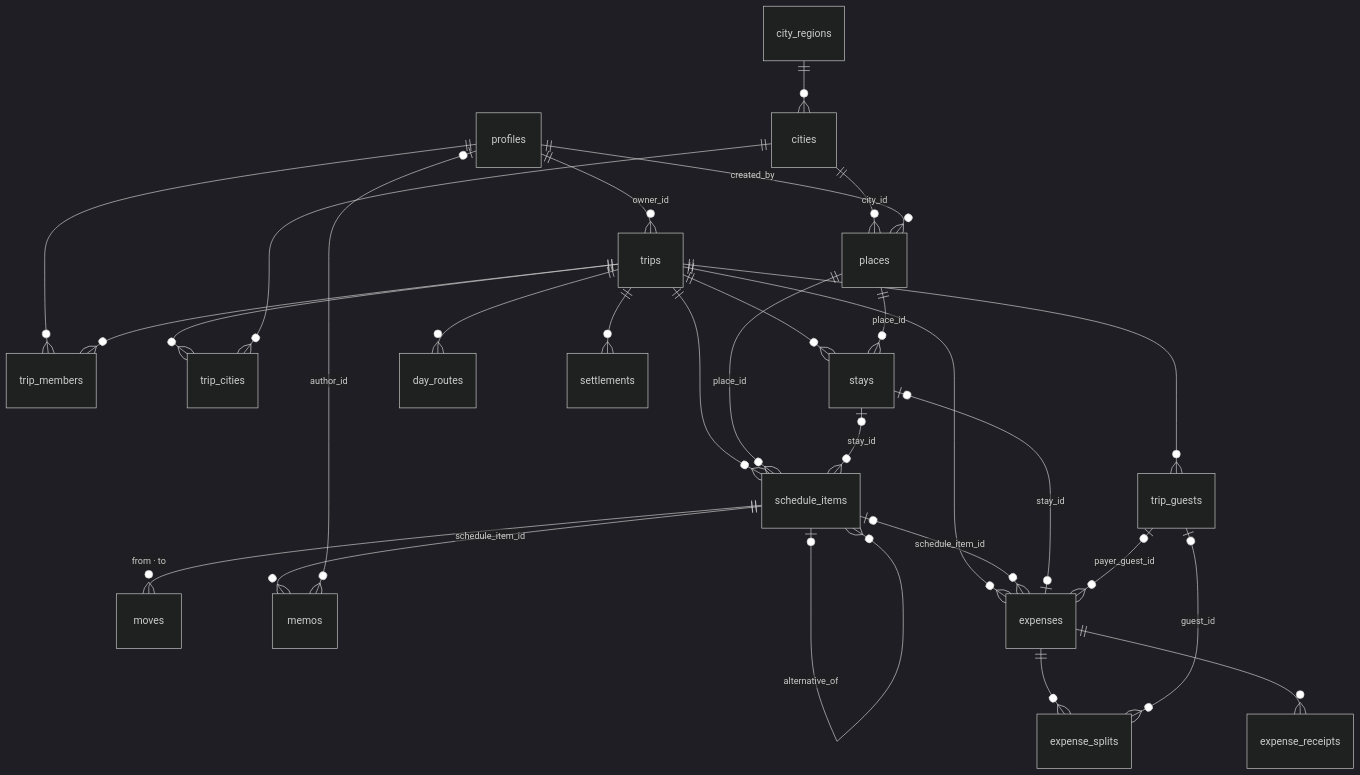
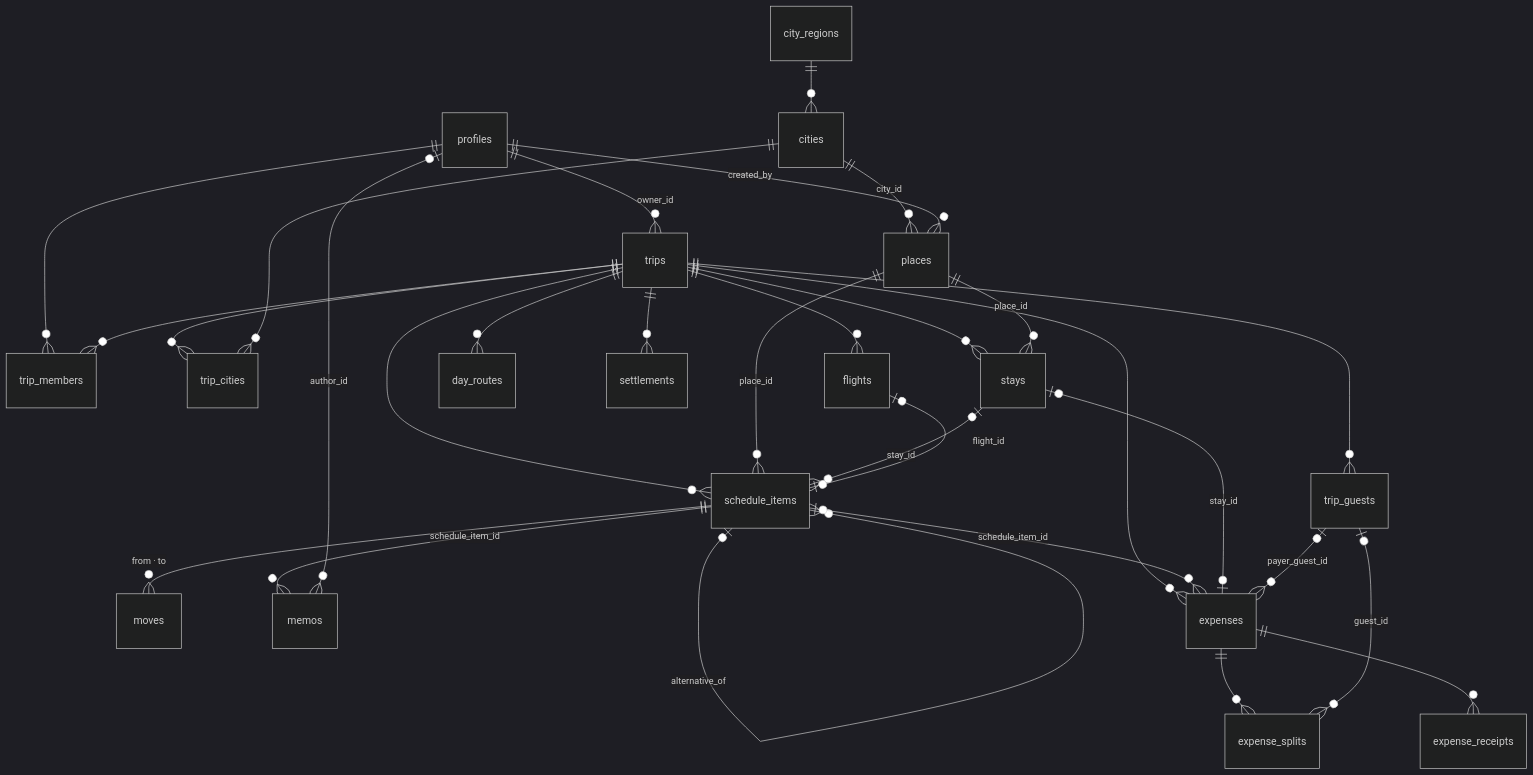
One commit to JayeHa/tripmate changed the diagram in docs/policies/data-model.md. Above: the diagram before and after it, drawn with Mermaid (dark theme). The commit also changed other lines of this file and 49 other files, not shown here.

````diff
--- a/docs/policies/data-model.md
+++ b/docs/policies/data-model.md
@@ -22,30 +22,32 @@
 ```mermaid
 erDiagram
   profiles ||--o{ trips : "owner_id"
   profiles ||--o{ trip_members : ""
   trips ||--o{ trip_members : ""
   trips ||--o{ trip_cities : ""
   cities ||--o{ trip_cities : ""
   city_regions ||--o{ cities : ""
   cities ||--o{ places : "city_id"
   profiles ||--o{ places : "created_by"
   trips ||--o{ schedule_items : ""
   places ||--o{ schedule_items : "place_id"
   trips ||--o{ stays : ""
   places ||--o{ stays : "place_id"
   stays |o--o{ schedule_items : "stay_id"
+  trips ||--o{ flights : ""
+  flights |o--o| schedule_items : "flight_id"
   schedule_items |o--o{ schedule_items : "alternative_of"
   schedule_items ||--o{ moves : "from · to"
   schedule_items ||--o{ memos : "schedule_item_id"
   profiles |o--o{ memos : "author_id"
   trips ||--o{ day_routes : ""
   trips ||--o{ expenses : ""
   schedule_items |o--o{ expenses : "schedule_item_id"
   stays |o--o| expenses : "stay_id"
   expenses ||--o{ expense_splits : ""
   trip_guests |o--o{ expenses : "payer_guest_id"
   trip_guests |o--o{ expense_splits : "guest_id"
   trips ||--o{ trip_guests : ""
   trips ||--o{ settlements : ""
   expenses ||--o{ expense_receipts : ""
 ```
````
